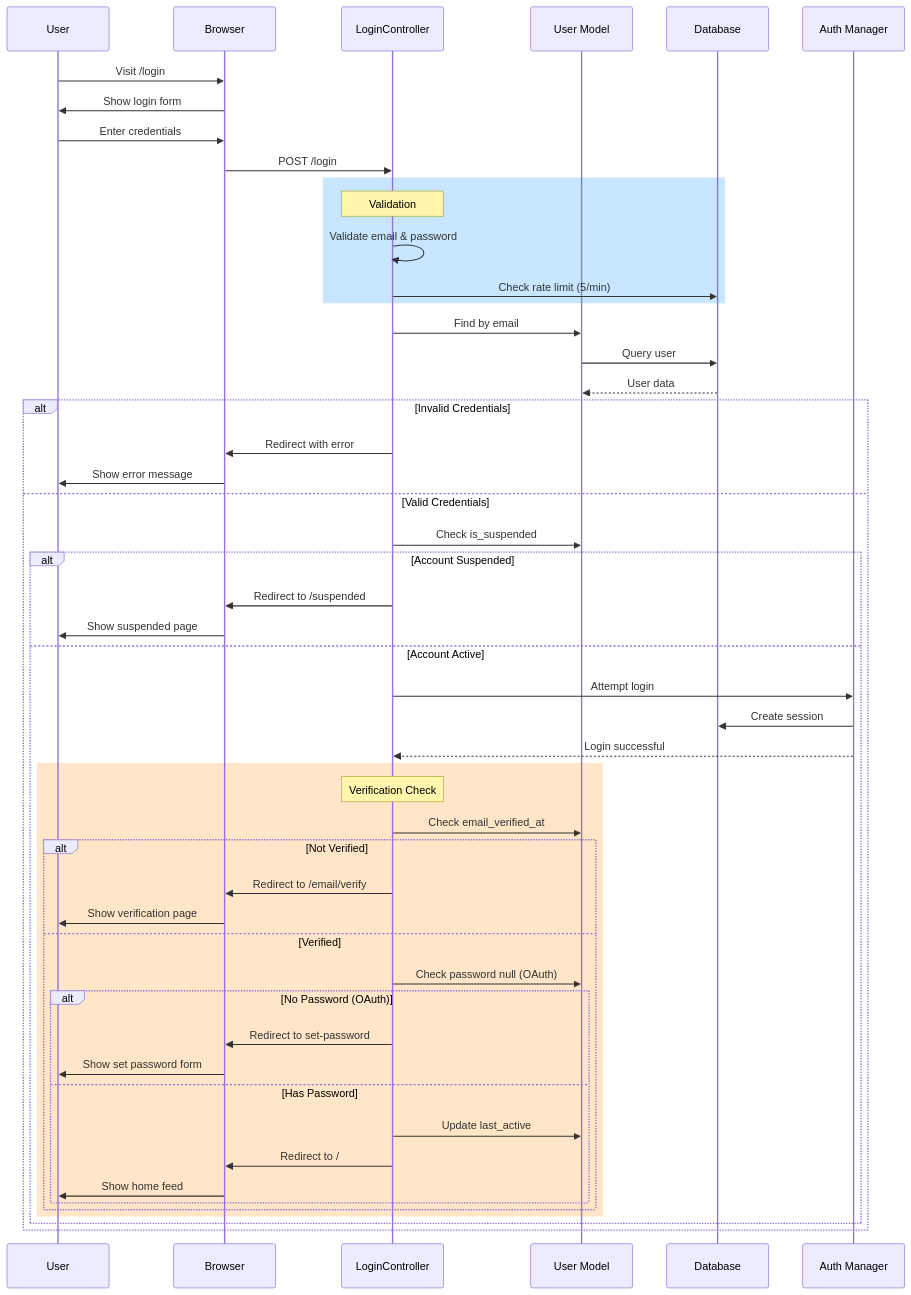
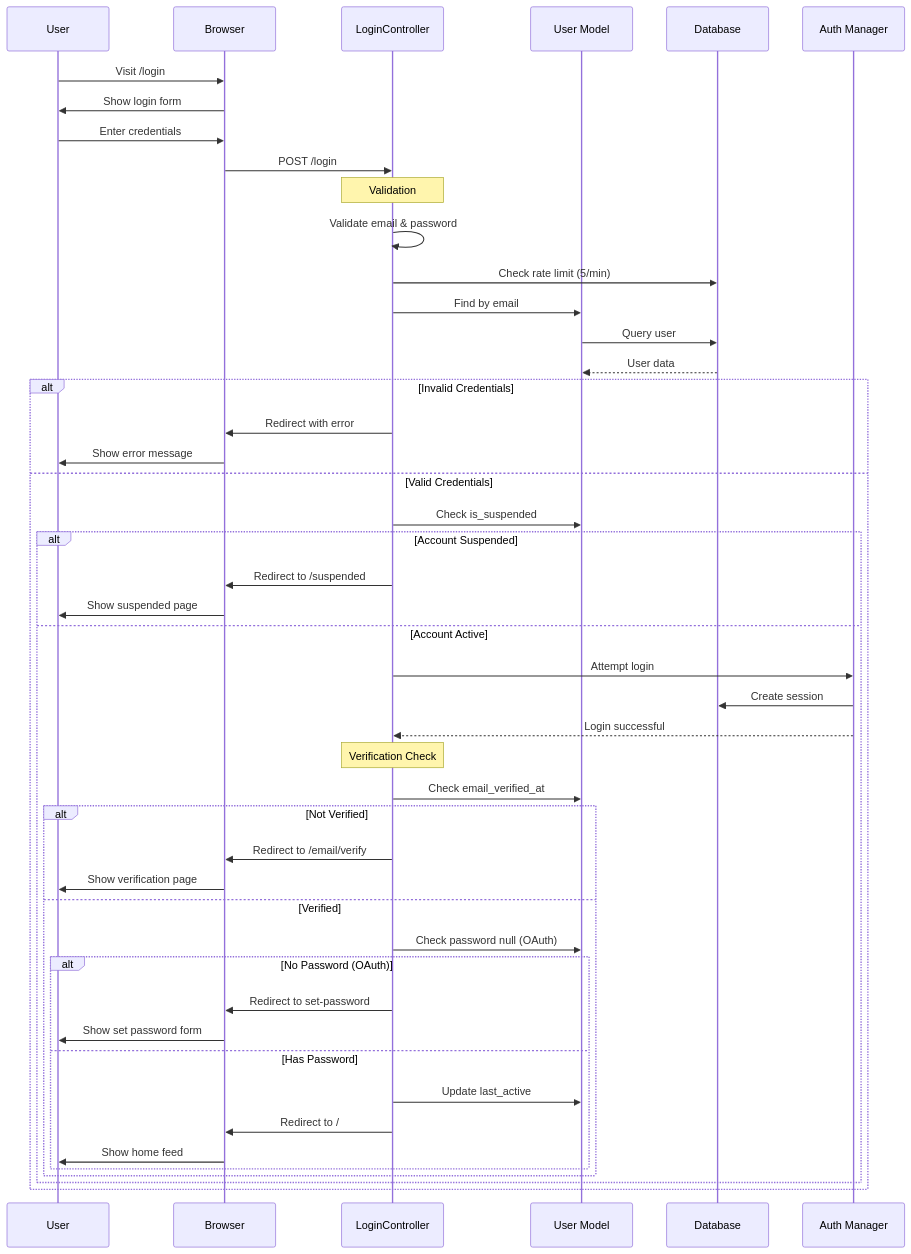
The fifth of 28 diagrams in UML.md (vd120/laravel_project), drawn with Mermaid before and after one commit. The commit also changed other lines of this file, not shown here.

````diff
--- a/UML.md
+++ b/UML.md
@@ -959,58 +687,54 @@
 ```mermaid
 sequenceDiagram
     participant U as User
     participant B as Browser
     participant LC as LoginController
     participant UserM as User Model
     participant DB as Database
     participant Auth as Auth Manager
 
     U->>B: Visit /login
     B->>U: Show login form
     U->>B: Enter credentials
     B->>LC: POST /login
 
-    rect rgb(200, 230, 255)
-        Note over LC: Validation
-        LC->>LC: Validate email & password
-        LC->>DB: Check rate limit (5/min)
-    end
+    Note over LC: Validation
+    LC->>LC: Validate email & password
+    LC->>DB: Check rate limit (5/min)
 
     LC->>UserM: Find by email
     UserM->>DB: Query user
     DB-->>UserM: User data
 
     alt Invalid Credentials
         LC->>B: Redirect with error
         B->>U: Show error message
     else Valid Credentials
         LC->>UserM: Check is_suspended
         alt Account Suspended
             LC->>B: Redirect to /suspended
             B->>U: Show suspended page
         else Account Active
             LC->>Auth: Attempt login
             Auth->>DB: Create session
             Auth-->>LC: Login successful
 
-            rect rgb(255, 230, 200)
-                Note over LC: Verification Check
-                LC->>UserM: Check email_verified_at
-                alt Not Verified
-                    LC->>B: Redirect to /email/verify
-                    B->>U: Show verification page
-                else Verified
-                    LC->>UserM: Check password null (OAuth)
-                    alt No Password (OAuth)
-                        LC->>B: Redirect to set-password
-                        B->>U: Show set password form
-                    else Has Password
-                        LC->>UserM: Update last_active
-                        LC->>B: Redirect to /
-                        B->>U: Show home feed
-                    end
+            Note over LC: Verification Check
+            LC->>UserM: Check email_verified_at
+            alt Not Verified
+                LC->>B: Redirect to /email/verify
+                B->>U: Show verification page
+            else Verified
+                LC->>UserM: Check password null (OAuth)
+                alt No Password (OAuth)
+                    LC->>B: Redirect to set-password
+                    B->>U: Show set password form
+                else Has Password
+                    LC->>UserM: Update last_active
+                    LC->>B: Redirect to /
+                    B->>U: Show home feed
                 end
             end
         end
     end
 ```
````
